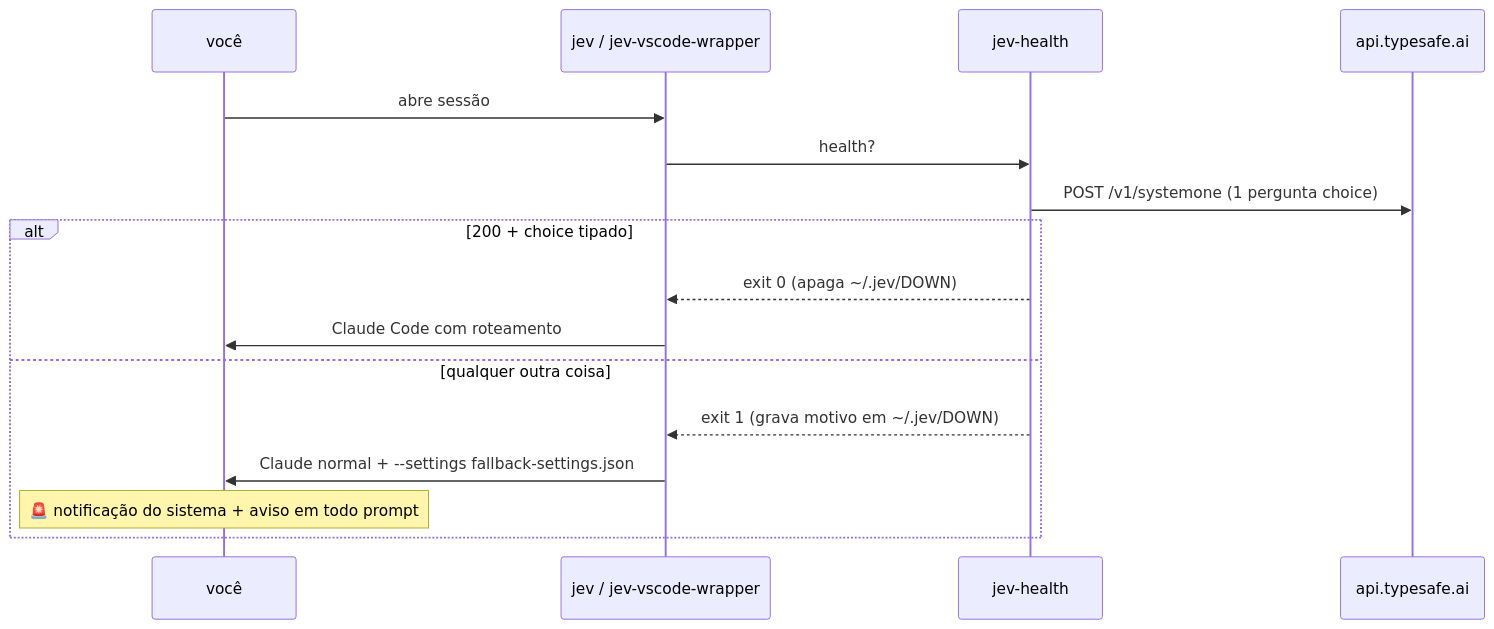
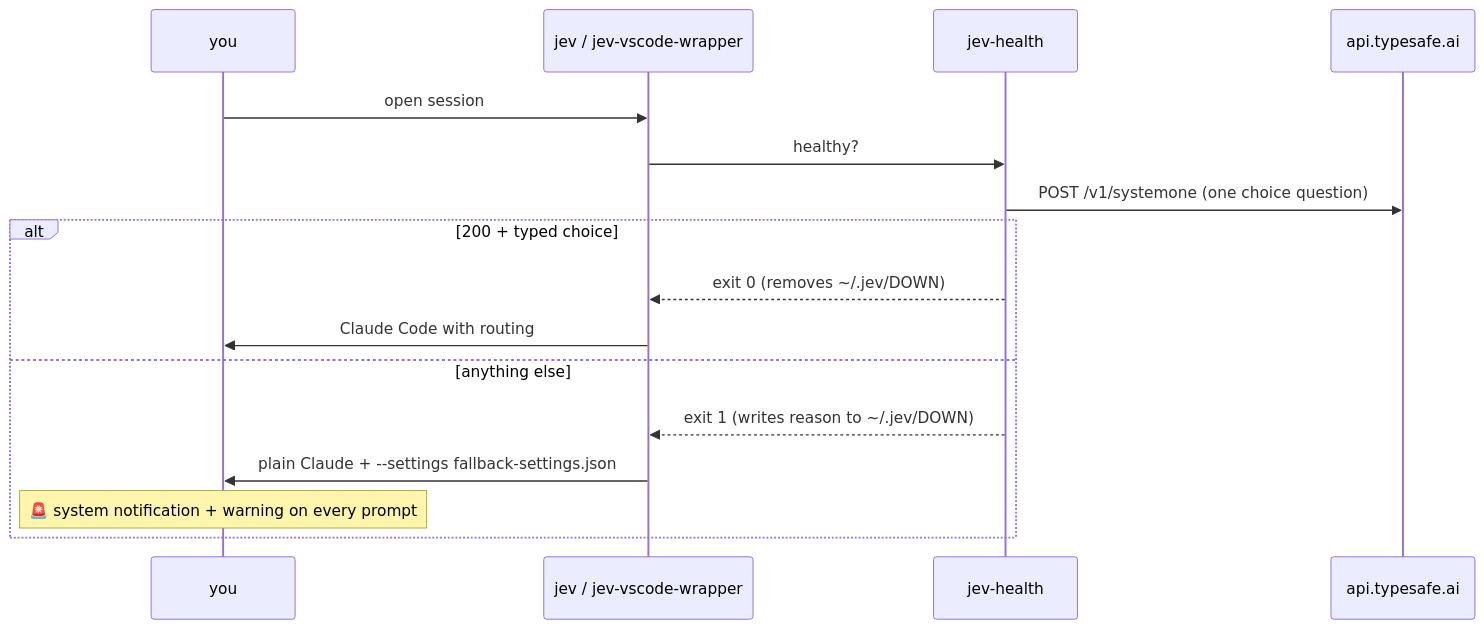
The diagram in docs/02-fallback.md (Pasblinn/jev-lab), drawn with Mermaid before and after one commit. The commit also changed other lines of this file and 14 other files, not shown here.

````diff
--- a/docs/02-fallback.md
+++ b/docs/02-fallback.md
@@ -5,18 +5,18 @@
 ```mermaid
 sequenceDiagram
-    participant U as você
+    participant U as you
     participant L as jev / jev-vscode-wrapper
     participant H as jev-health
     participant T as api.typesafe.ai
-    U->>L: abre sessão
-    L->>H: health?
-    H->>T: POST /v1/systemone (1 pergunta choice)
-    alt 200 + choice tipado
-        H-->>L: exit 0 (apaga ~/.jev/DOWN)
-        L->>U: Claude Code com roteamento
-    else qualquer outra coisa
-        H-->>L: exit 1 (grava motivo em ~/.jev/DOWN)
-        L->>U: Claude normal + --settings fallback-settings.json
-        Note over U: 🚨 notificação do sistema + aviso em todo prompt
+    U->>L: open session
+    L->>H: healthy?
+    H->>T: POST /v1/systemone (one choice question)
+    alt 200 + typed choice
+        H-->>L: exit 0 (removes ~/.jev/DOWN)
+        L->>U: Claude Code with routing
+    else anything else
+        H-->>L: exit 1 (writes reason to ~/.jev/DOWN)
+        L->>U: plain Claude + --settings fallback-settings.json
+        Note over U: 🚨 system notification + warning on every prompt
     end
 ```
````
